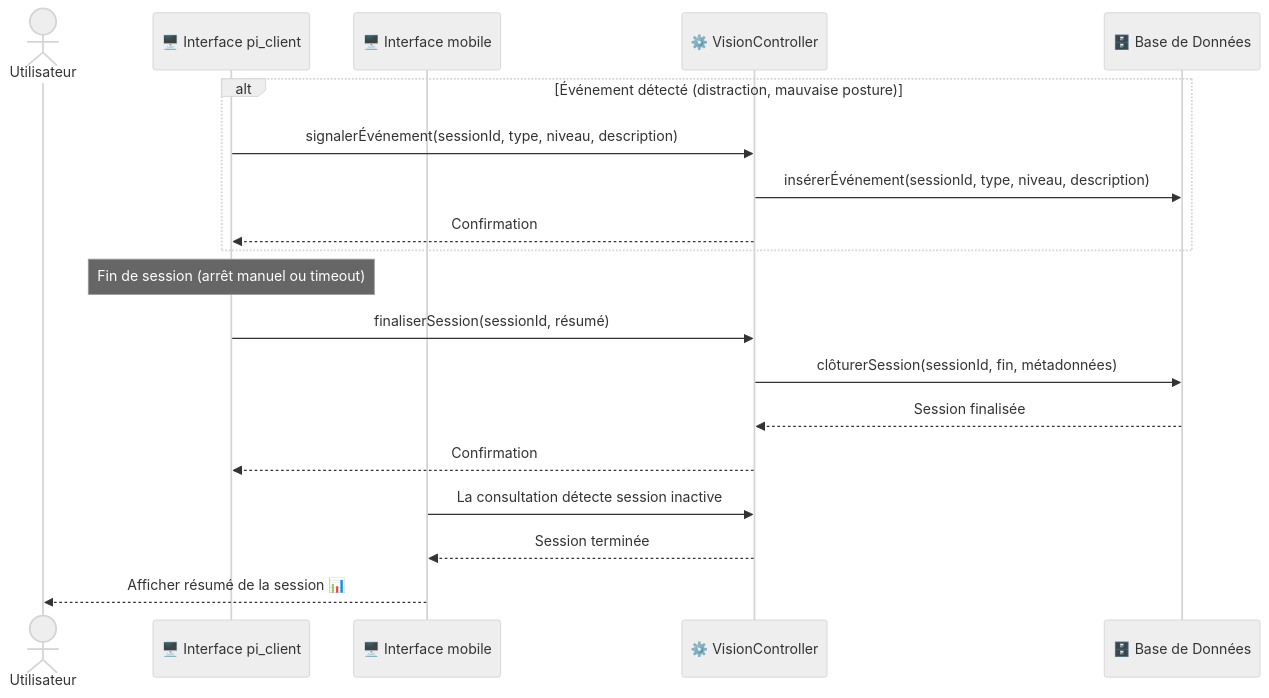
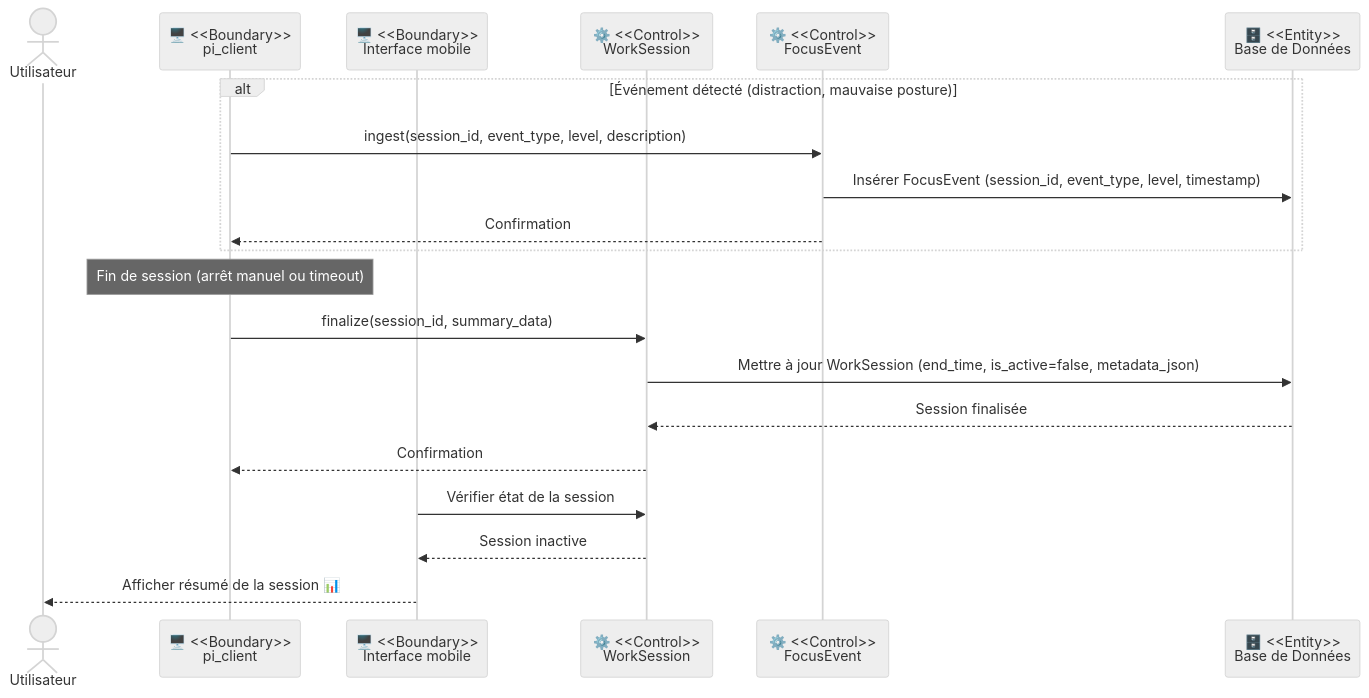
The fifth of 20 diagrams in docs/Conception_DiagrammeSequence.md (Jkacem/smart_focus), drawn with Mermaid (neutral theme) before and after one commit. The commit also changed other lines of this file and 31 other files, not shown here.

````diff
--- a/docs/Conception_DiagrammeSequence.md
+++ b/docs/Conception_DiagrammeSequence.md
@@ -149,25 +156,26 @@
 ```mermaid
 sequenceDiagram
     actor Utilisateur
-    participant BP as 🖥️ Interface pi_client
-    participant BM as 🖥️ Interface mobile
-    participant C as ⚙️ VisionController
-    participant E as 🗄️ Base de Données
+    participant BP as 🖥️ <<Boundary>><br/>pi_client
+    participant BM as 🖥️ <<Boundary>><br/>Interface mobile
+    participant WS as ⚙️ <<Control>><br/>WorkSession
+    participant FE as ⚙️ <<Control>><br/>FocusEvent
+    participant E  as 🗄️ <<Entity>><br/>Base de Données
 
     alt Événement détecté (distraction, mauvaise posture)
-        BP->>C: signalerÉvénement(sessionId, type, niveau, description)
-        C->>E: insérerÉvénement(sessionId, type, niveau, description)
-        C-->>BP: Confirmation
+        BP->>FE: ingest(session_id, event_type, level, description)
+        FE->>E: Insérer FocusEvent (session_id, event_type, level, timestamp)
+        FE-->>BP: Confirmation
     end
 
     Note over BP: Fin de session (arrêt manuel ou timeout)
 
-    BP->>C: finaliserSession(sessionId, résumé)
-    C->>E: clôturerSession(sessionId, fin, métadonnées)
-    E-->>C: Session finalisée
-    C-->>BP: Confirmation
+    BP->>WS: finalize(session_id, summary_data)
+    WS->>E: Mettre à jour WorkSession (end_time, is_active=false, metadata_json)
+    E-->>WS: Session finalisée
+    WS-->>BP: Confirmation
 
-    BM->>C: La consultation détecte session inactive
-    C-->>BM: Session terminée
+    BM->>WS: Vérifier état de la session
+    WS-->>BM: Session inactive
     BM-->>Utilisateur: Afficher résumé de la session 📊
 ```
````
